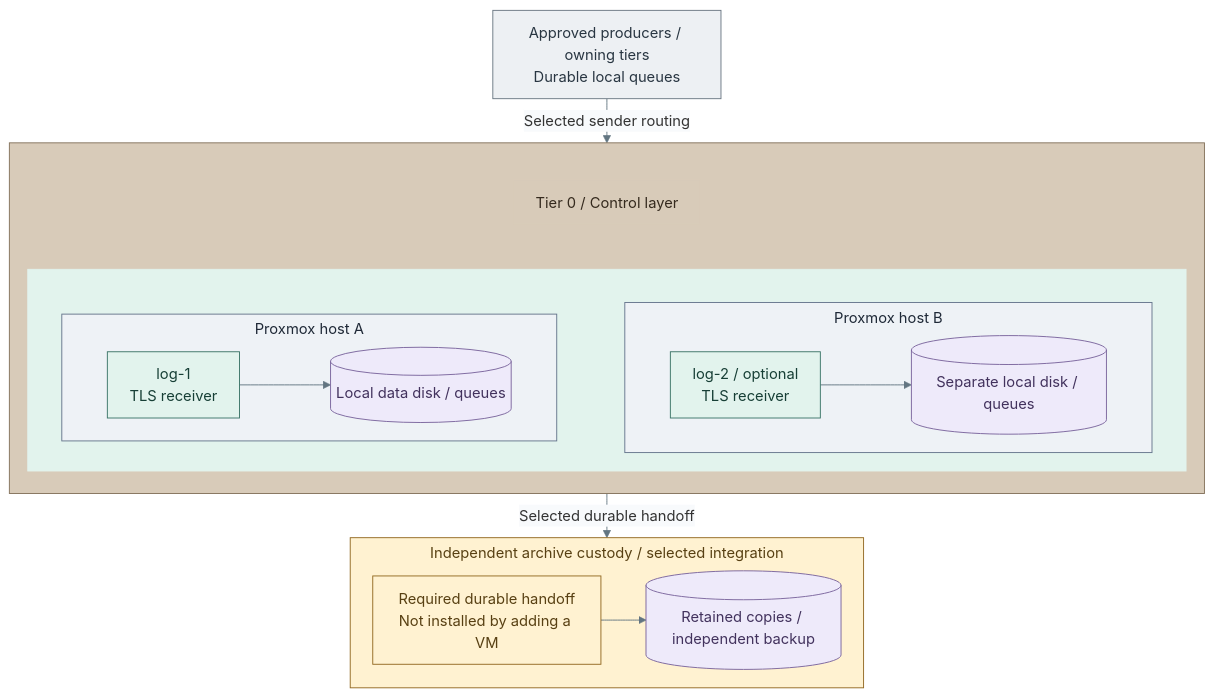
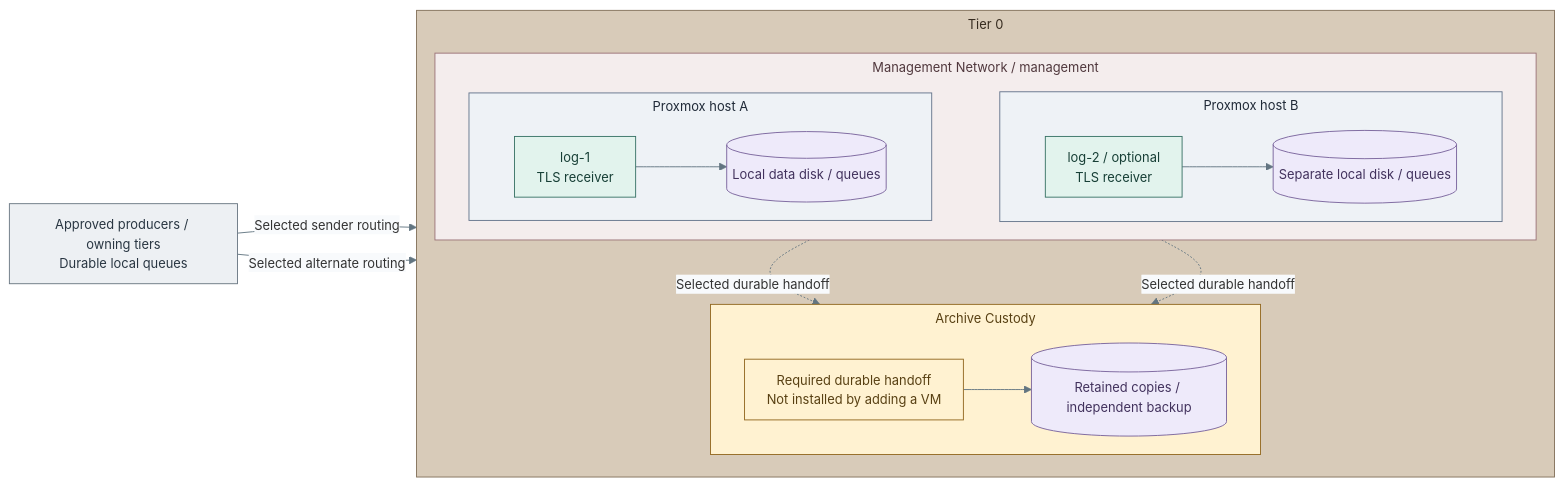
The diagram in docs/03-deployment/stage-2-logging/step-14b-redundant-intake.md (Rexus/homelab), drawn with Mermaid before and after one commit. The commit also changed other lines of this file and 124 other files, not shown here.

First line of the commit message:
fix(platform): align service diagrams and directory failover

````diff
--- a/docs/03-deployment/stage-2-logging/step-14b-redundant-intake.md
+++ b/docs/03-deployment/stage-2-logging/step-14b-redundant-intake.md
@@ -8,51 +8,52 @@
 ```mermaid
-%%{init: {"theme":"base","flowchart":{"nodeSpacing":20,"rankSpacing":24,"padding":12,"subGraphTitleMargin":{"top":4,"bottom":12}},"themeVariables":{"lineColor":"#627581","edgeLabelBackground":"#f8fafc"}}}%%
-flowchart TB
+%%{init: {"theme":"base","flowchart":{"nodeSpacing":20,"rankSpacing":24,"padding":12,"subGraphTitleMargin":{"top":4,"bottom":18}},"themeVariables":{"lineColor":"#627581","edgeLabelBackground":"#f8fafc","fontFamily":"Arial, sans-serif","fontSize":"14px"},"fontFamily":"Arial, sans-serif"}}%%
+flowchart LR
   Sources["Approved producers / owning tiers<br/>Durable local queues"]
-  subgraph T0[" "]
+  subgraph T0["Tier 0"]
     direction TB
-    T0Title["Tier 0 / Control layer"]
-    subgraph Placement[" "]
+    subgraph Placement["Management Network / management"]
       direction LR
       subgraph PVE1["Proxmox host A"]
         direction LR
         VM1["log-1<br/>TLS receiver"]
         Disk1[("Local data disk / queues")]
         VM1 --> Disk1
       end
       subgraph PVE2["Proxmox host B"]
         direction LR
         VM2["log-2 / optional<br/>TLS receiver"]
         Disk2[("Separate local disk / queues")]
         VM2 --> Disk2
       end
       PVE1 ~~~ PVE2
     end
-    T0Title ~~~ Placement
-  end
-  subgraph Custody["Independent archive custody / selected integration"]
+    subgraph Custody["Archive Custody"]
     direction LR
     Commit["Required durable handoff<br/>Not installed by adding a VM"]
     Copies[("Retained copies / independent backup")]
     Commit --> Copies
   end
-  Sources -->|Selected sender routing| T0
-  T0 -->|Selected durable handoff| Custody
+  end
+  Sources -->|Selected sender routing| VM1
+  Sources -->|Selected alternate routing| VM2
+  VM1 -. Selected durable handoff .-> Commit
+  VM2 -. Selected durable handoff .-> Commit
   classDef default fill:#f8fafc,stroke:#64748b,color:#1f2937
   classDef boundary fill:#eef2f6,stroke:#64748b,color:#1f2937
   classDef actor fill:#edf0f3,stroke:#697682,color:#293642
   classDef control fill:#e2f3ed,stroke:#397366,color:#173f36
   classDef controlHeading fill:#e2f3ed,stroke:#e2f3ed,color:#173f36
   classDef data fill:#eeeafa,stroke:#78639b,color:#42325d
   classDef custody fill:#fff2d1,stroke:#926820,color:#584013
   class PVE1,PVE2 boundary
   class Sources actor
   class VM1,VM2 control
-  class Placement controlHeading
+  classDef zoneControl fill:#c9e0d5,stroke:#397366,color:#173f36
   class Disk1,Disk2,Copies data
   class Custody,Commit custody
   classDef tier0 fill:#d8cbb9,stroke:#83715a,color:#352a1e
   class T0 tier0
   classDef tier0Heading fill:#d8cbb9,stroke:#d8cbb9,color:#352a1e
-  class T0Title tier0Heading
+  classDef network fill:#f4eded,stroke:#9b7378,color:#50383d
+  class Placement network
 ```
````
